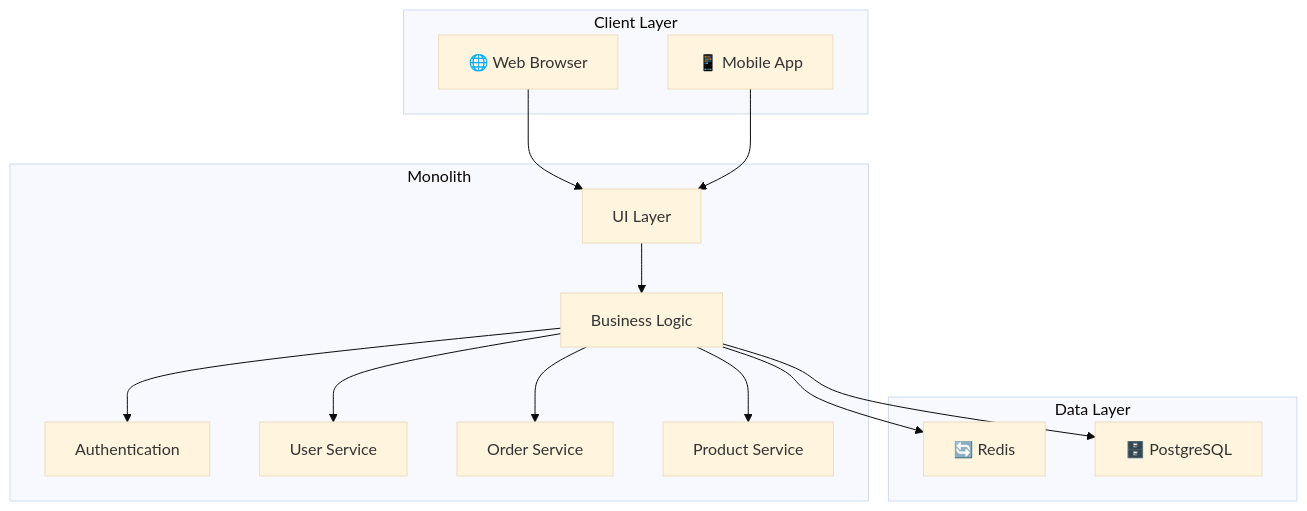
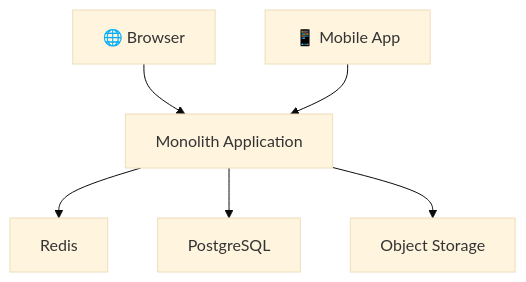
The second of 26 diagrams in ARCHITECTURE.md (quesiblaq442-del/architecture-diagram), drawn with Mermaid (base theme) before and after one commit. The commit also changed other lines of this file, not shown here.

Commit message:
Refresh the architecture document for a more polished, eye-catching overview

````diff
--- a/ARCHITECTURE.md
+++ b/ARCHITECTURE.md
@@ -9,31 +73,8 @@
 ```mermaid
 graph TB
-    subgraph Client["Client Layer"]
-        Web["🌐 Web Browser"]
-        Mobile["📱 Mobile App"]
-    end
-
-    subgraph App["Monolith"]
-        UI["UI Layer"]
-        Business["Business Logic"]
-        Auth["Authentication"]
-        Users["User Service"]
-        Orders["Order Service"]
-        Products["Product Service"]
-    end
-
-    subgraph Data["Data Layer"]
-        Cache["🔄 Redis"]
-        DB["🗄️ PostgreSQL"]
-    end
-
-    Web --> UI
-    Mobile --> UI
-    UI --> Business
-    Business --> Auth
-    Business --> Users
-    Business --> Orders
-    Business --> Products
-    Business --> Cache
-    Business --> DB
+    Browser["🌐 Browser"] --> App["Monolith Application"]
+    Mobile["📱 Mobile App"] --> App
+    App --> Cache["Redis"]
+    App --> DB["PostgreSQL"]
+    App --> Files["Object Storage"]
 ```
````
